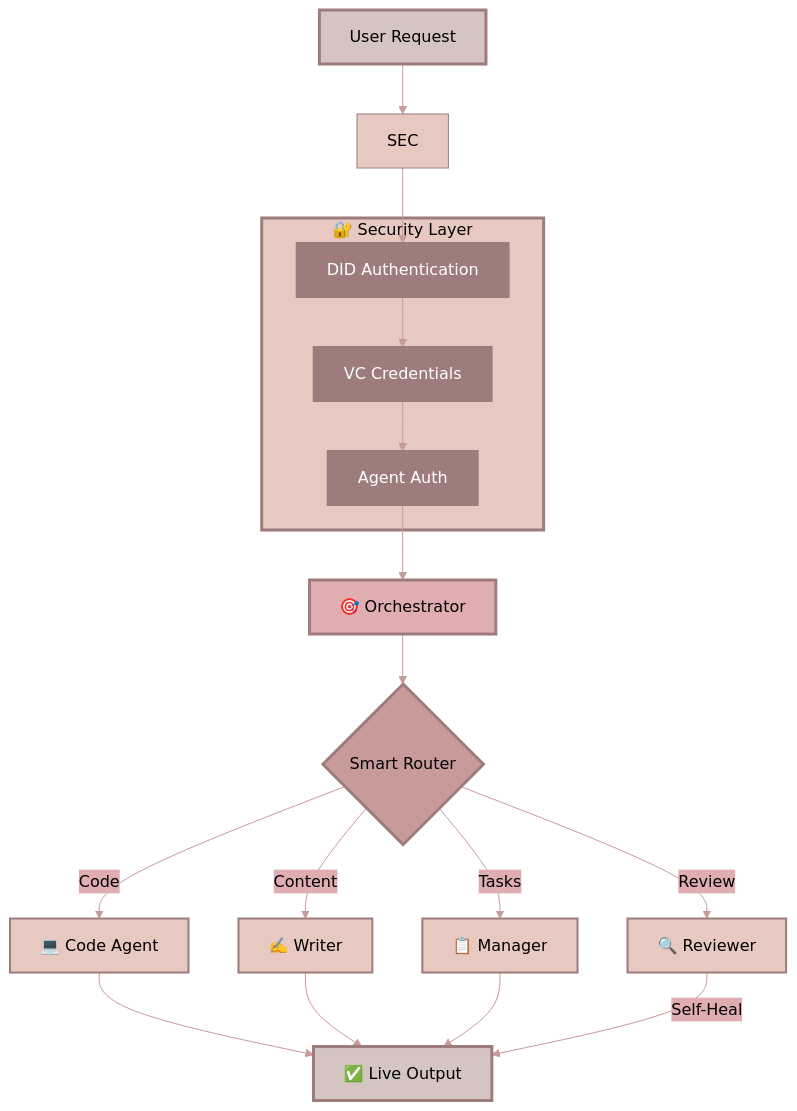
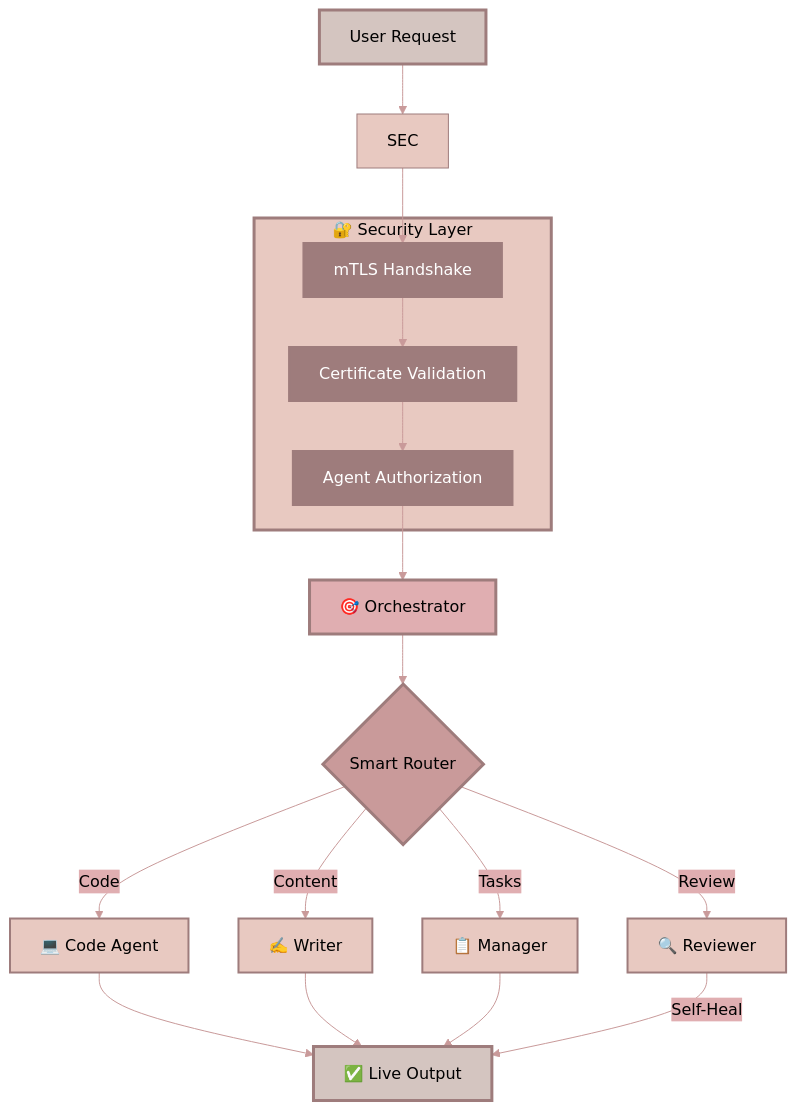
Before and after one commit to suyashagrahari/suyashagrahari: the second of 2 diagrams in README.md, drawn with Mermaid. The commit also changed other lines of this file, not shown here.

````diff
--- a/README.md
+++ b/README.md
@@ -202,45 +202,41 @@
 ```mermaid
 %%{init: {'theme':'base', 'themeVariables': {'primaryColor':'#E8C9C1', 'primaryTextColor':'#000', 'primaryBorderColor':'#9E7C7C', 'lineColor':'#C99A9A', 'secondaryColor':'#E0AEB1', 'tertiaryColor':'#D4C5C0'}}}%%
 graph TB
     A[User Request] --> SEC
     
     subgraph Security["🔐 Security Layer"]
-        S1[DID Authentication]
-        S2[VC Credentials]
-        S3[Agent Auth]
+        S1[mTLS Handshake]
+        S2[Certificate Validation]
+        S3[Agent Authorization]
     end
     
     SEC --> S1
     S1 --> S2
     S2 --> S3
     S3 --> B[🎯 Orchestrator]
     
     B --> C{Smart Router}
     
     C -->|Code| D[💻 Code Agent]
     C -->|Content| E[✍️ Writer]
     C -->|Tasks| F[📋 Manager]
     C -->|Review| G[🔍 Reviewer]
     
     D --> H[✅ Live Output]
     E --> H
     F --> H
     G -->|Self-Heal| H
     
     style A fill:#D4C5C0,stroke:#9E7C7C,stroke-width:3px,color:#000
-    
     style Security fill:#E8C9C1,stroke:#9E7C7C,stroke-width:3px,color:#000
     style S1 fill:#9E7C7C,stroke:#9E7C7C,stroke-width:2px,color:#fff
     style S2 fill:#9E7C7C,stroke:#9E7C7C,stroke-width:2px,color:#fff
     style S3 fill:#9E7C7C,stroke:#9E7C7C,stroke-width:2px,color:#fff
-    
     style B fill:#E0AEB1,stroke:#9E7C7C,stroke-width:3px,color:#000
     style C fill:#C99A9A,stroke:#9E7C7C,stroke-width:3px,color:#000
-    
     style D fill:#E8C9C1,stroke:#9E7C7C,stroke-width:2px,color:#000
     style E fill:#E8C9C1,stroke:#9E7C7C,stroke-width:2px,color:#000
     style F fill:#E8C9C1,stroke:#9E7C7C,stroke-width:2px,color:#000
     style G fill:#E8C9C1,stroke:#9E7C7C,stroke-width:2px,color:#000
-    
     style H fill:#D4C5C0,stroke:#9E7C7C,stroke-width:3px,color:#000
 ```
````
